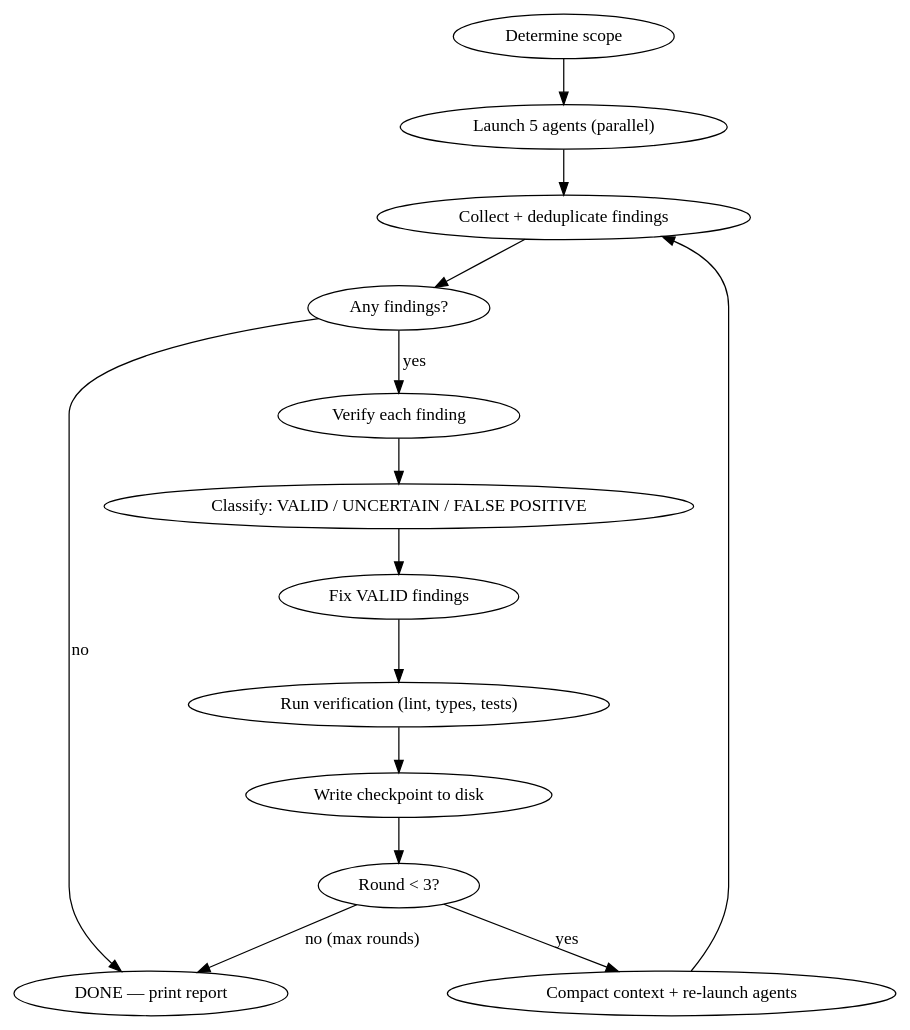
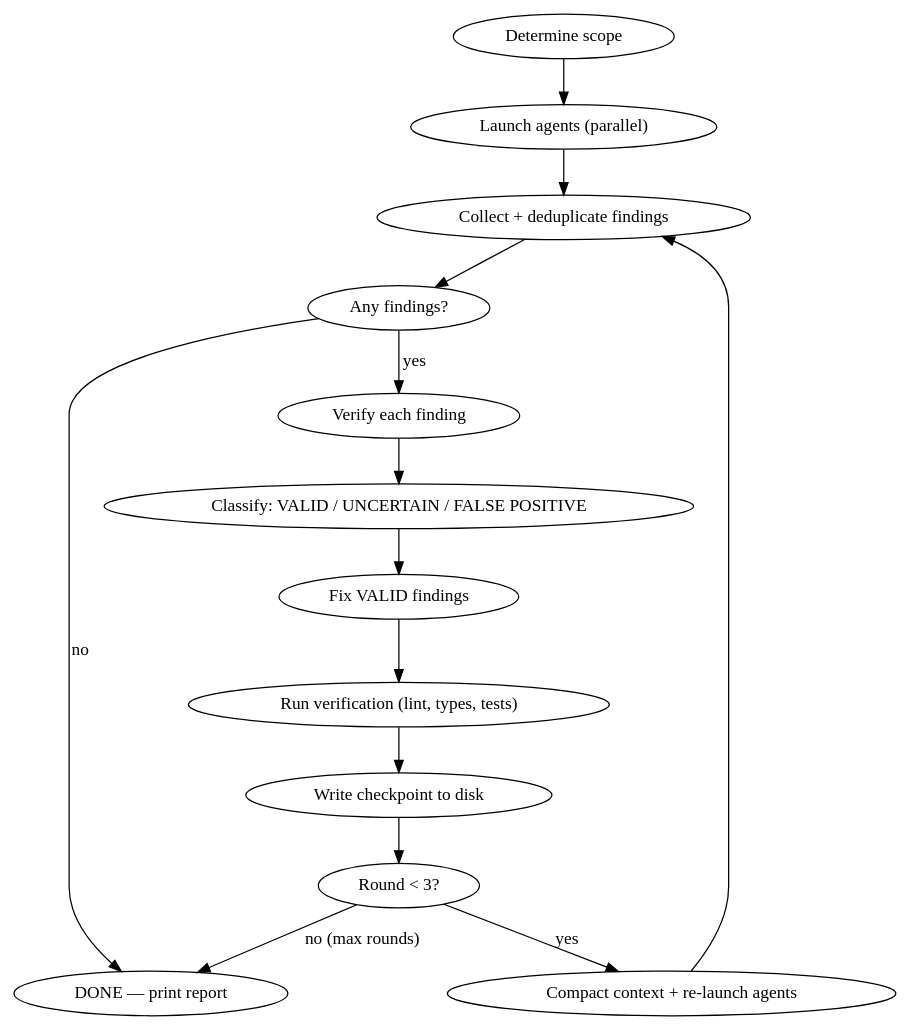
One commit to srackley/claude-setup changed the diagram in skills/reviewing-code/SKILL.md. Above: the diagram before and after it, drawn with Graphviz. The commit also changed other lines of this file and 5 other files, not shown here.

````diff
--- a/skills/reviewing-code/SKILL.md
+++ b/skills/reviewing-code/SKILL.md
@@ -25,18 +25,18 @@
 ```dot
 digraph review_loop {
     rankdir=TB;
-    "Determine scope" -> "Launch 5 agents (parallel)";
-    "Launch 5 agents (parallel)" -> "Collect + deduplicate findings";
+    "Determine scope" -> "Launch agents (parallel)";
+    "Launch agents (parallel)" -> "Collect + deduplicate findings";
     "Collect + deduplicate findings" -> "Any findings?" [shape=diamond];
     "Any findings?" -> "DONE — print report" [label="no"];
     "Any findings?" -> "Verify each finding" [label="yes"];
     "Verify each finding" -> "Classify: VALID / UNCERTAIN / FALSE POSITIVE";
     "Classify: VALID / UNCERTAIN / FALSE POSITIVE" -> "Fix VALID findings";
     "Fix VALID findings" -> "Run verification (lint, types, tests)";
     "Run verification (lint, types, tests)" -> "Write checkpoint to disk";
     "Write checkpoint to disk" -> "Round < 3?" [shape=diamond];
     "Round < 3?" -> "Compact context + re-launch agents" [label="yes"];
     "Round < 3?" -> "DONE — print report" [label="no (max rounds)"];
     "Compact context + re-launch agents" -> "Collect + deduplicate findings";
 }
 ```
````
